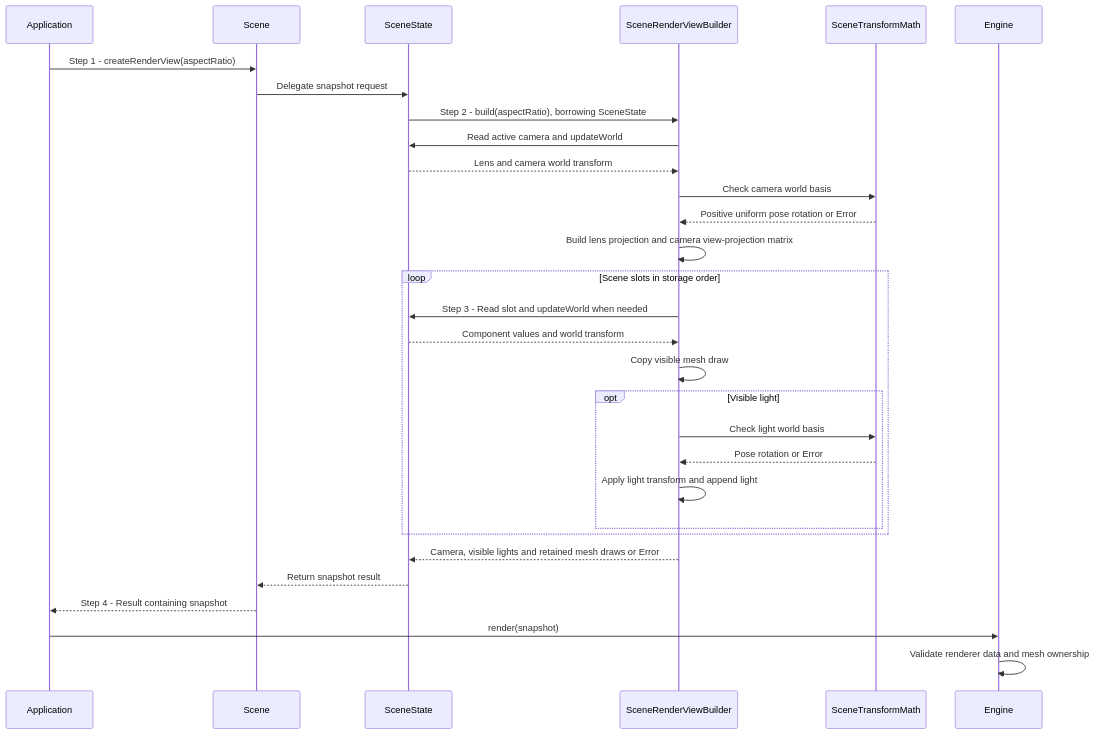
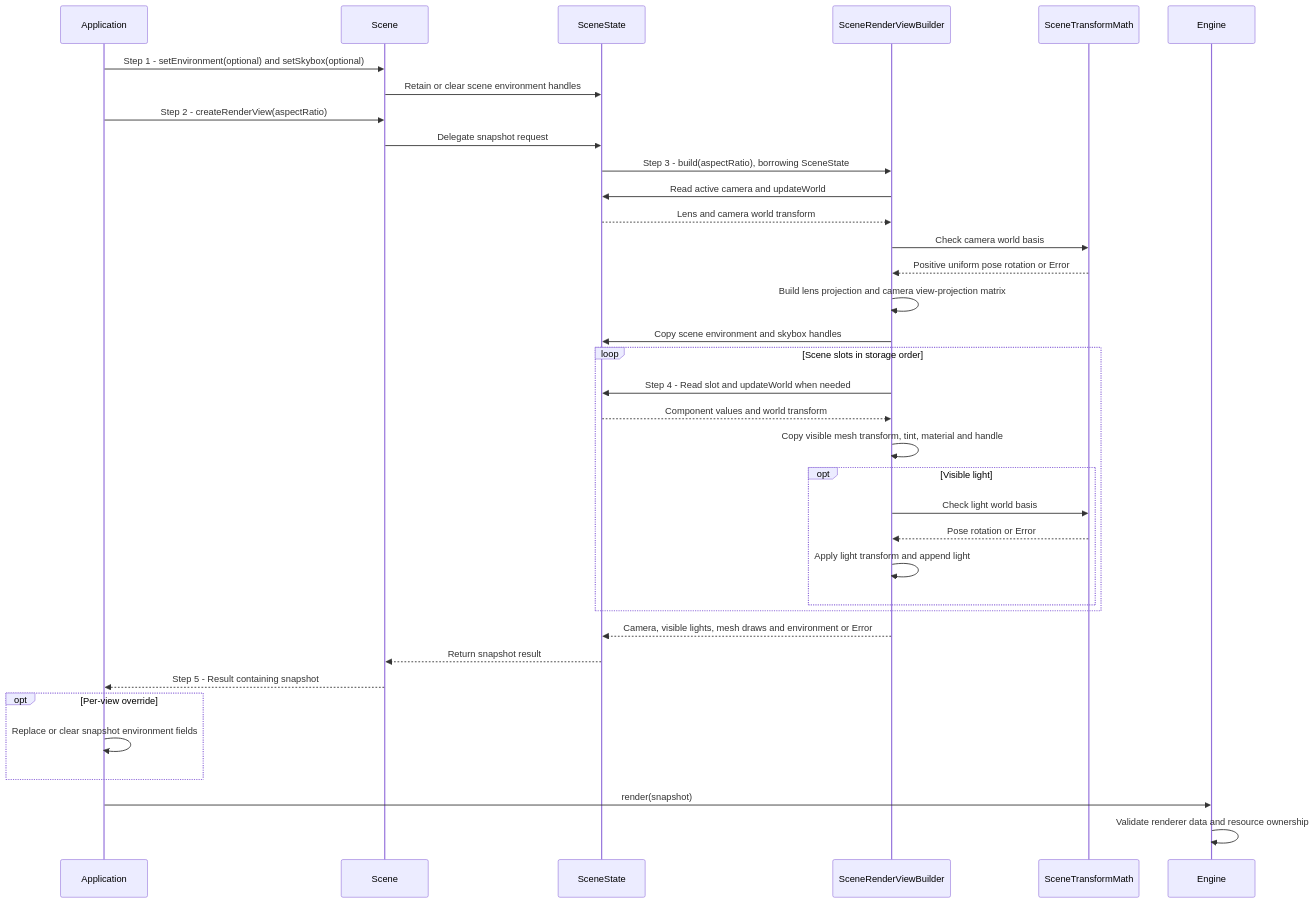
The diagram in docs/use-cases/render-scene-transforms.md (a-soltysik/Panda), drawn with Mermaid before and after one commit. The commit also changed other lines of this file and 66 other files, not shown here.

First line of the commit message:
Add scene image-based lighting, generated cubemap mips, and skybox support (#138)

````diff
--- a/docs/use-cases/render-scene-transforms.md
+++ b/docs/use-cases/render-scene-transforms.md
@@ -48,32 +56,38 @@
 ```mermaid
 sequenceDiagram
     participant A as Application
     participant S as Scene
     participant D as SceneState
     participant B as SceneRenderViewBuilder
     participant M as SceneTransformMath
     participant C as Engine
-    A->>S: Step 1 - createRenderView(aspectRatio)
+    A->>S: Step 1 - setEnvironment(optional) and setSkybox(optional)
+    S->>D: Retain or clear scene environment handles
+    A->>S: Step 2 - createRenderView(aspectRatio)
     S->>D: Delegate snapshot request
-    D->>B: Step 2 - build(aspectRatio), borrowing SceneState
+    D->>B: Step 3 - build(aspectRatio), borrowing SceneState
     B->>D: Read active camera and updateWorld
     D-->>B: Lens and camera world transform
     B->>M: Check camera world basis
     M-->>B: Positive uniform pose rotation or Error
     B->>B: Build lens projection and camera view-projection matrix
+    B->>D: Copy scene environment and skybox handles
     loop Scene slots in storage order
-        B->>D: Step 3 - Read slot and updateWorld when needed
+        B->>D: Step 4 - Read slot and updateWorld when needed
         D-->>B: Component values and world transform
-        B->>B: Copy visible mesh draw
+        B->>B: Copy visible mesh transform, tint, material and handle
         opt Visible light
             B->>M: Check light world basis
             M-->>B: Pose rotation or Error
             B->>B: Apply light transform and append light
         end
     end
-    B-->>D: Camera, visible lights and retained mesh draws or Error
+    B-->>D: Camera, visible lights, mesh draws and environment or Error
     D-->>S: Return snapshot result
-    S-->>A: Step 4 - Result containing snapshot
+    S-->>A: Step 5 - Result containing snapshot
+    opt Per-view override
+        A->>A: Replace or clear snapshot environment fields
+    end
     A->>C: render(snapshot)
-    C->>C: Validate renderer data and mesh ownership
+    C->>C: Validate renderer data and resource ownership
 ```
````
